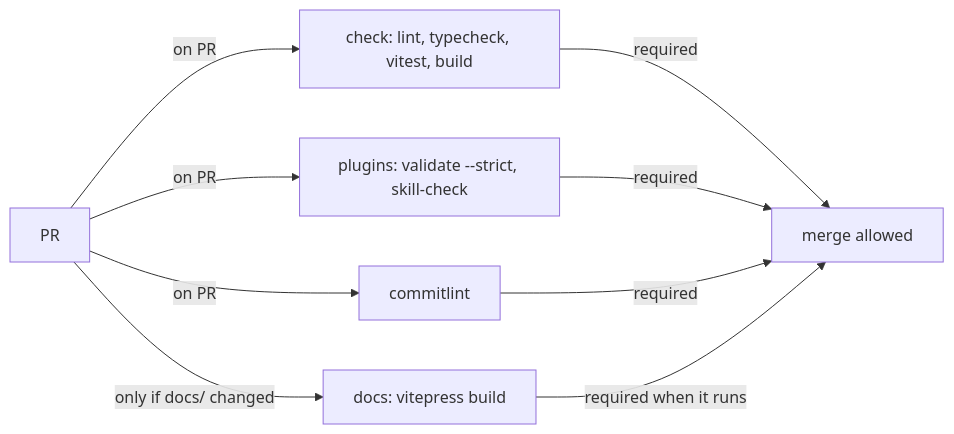
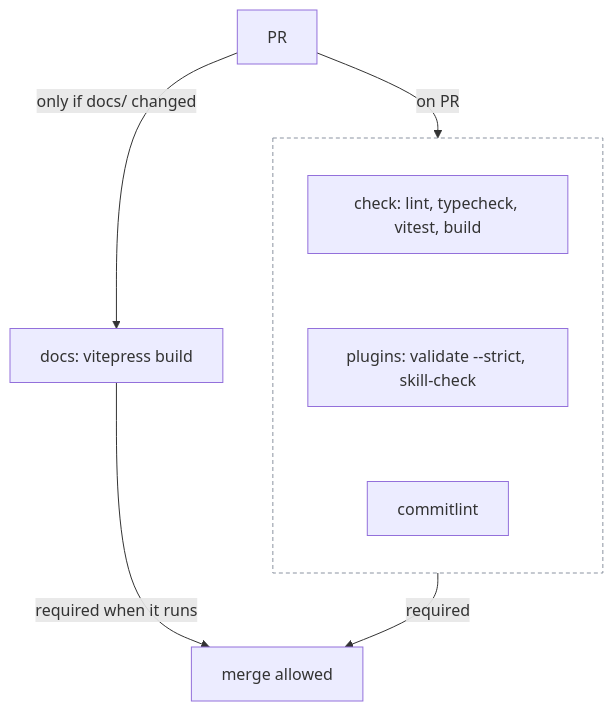
The fourth of 5 diagrams in docs/design/2026-10-07-v3-repo-structure-cicd.md (broneq/bdk), drawn with Mermaid before and after one commit. The commit also changed other lines of this file and 20 other files, not shown here.

First line of the commit message:
fix(docs): fit every diagram into the content column

````diff
--- a/docs/design/2026-10-07-v3-repo-structure-cicd.md
+++ b/docs/design/2026-10-07-v3-repo-structure-cicd.md
@@ -199,11 +199,15 @@
 ```mermaid
-flowchart LR
-  PRC[PR] -->|on PR| CHECK[check: lint, typecheck, vitest, build]
-  PRC -->|on PR| PLUG[plugins: validate --strict, skill-check]
-  PRC -->|on PR| CL[commitlint]
+flowchart TB
+  subgraph ALL[" "]
+    direction TB
+    CHECK[check: lint, typecheck, vitest, build]
+    PLUG[plugins: validate --strict, skill-check]
+    CL[commitlint]
+    CHECK ~~~ PLUG ~~~ CL
+  end
+  PRC[PR] -->|on PR| ALL
   PRC -->|only if docs/ changed| DOCS[docs: vitepress build]
-  CHECK -->|required| MERGE[merge allowed]
-  PLUG -->|required| MERGE
-  CL -->|required| MERGE
+  ALL -->|required| MERGE[merge allowed]
   DOCS -->|required when it runs| MERGE
+  style ALL fill:transparent,stroke:#8b93a1,stroke-dasharray:4 3
 ```
````
